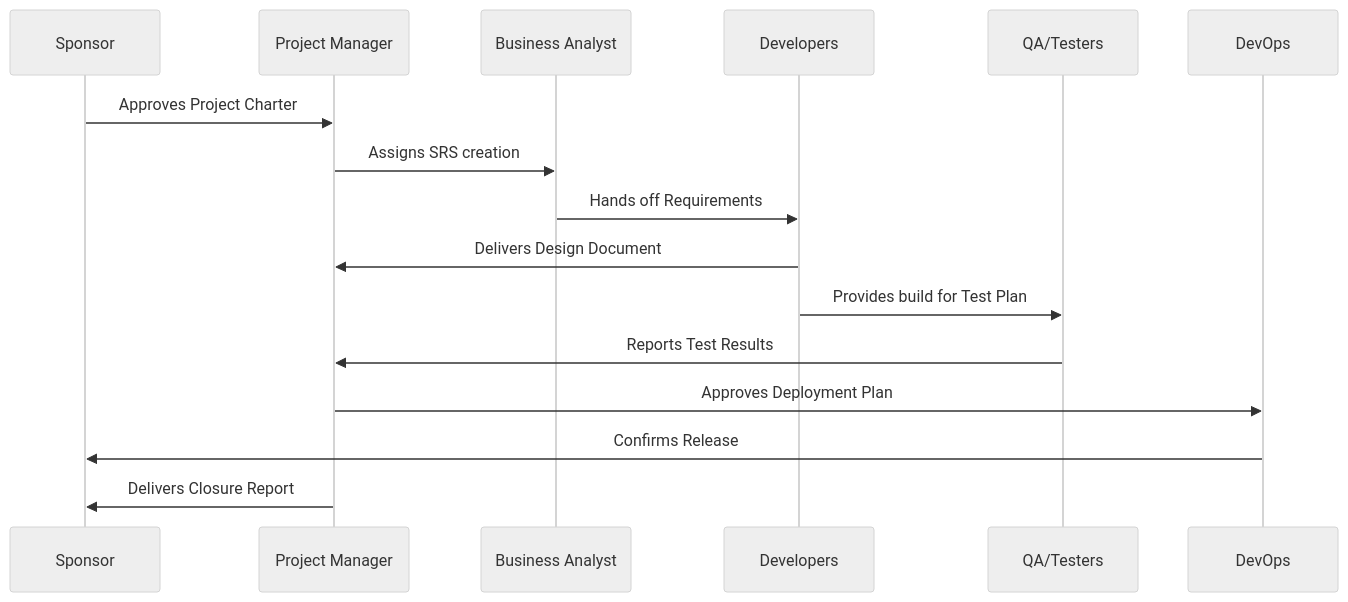
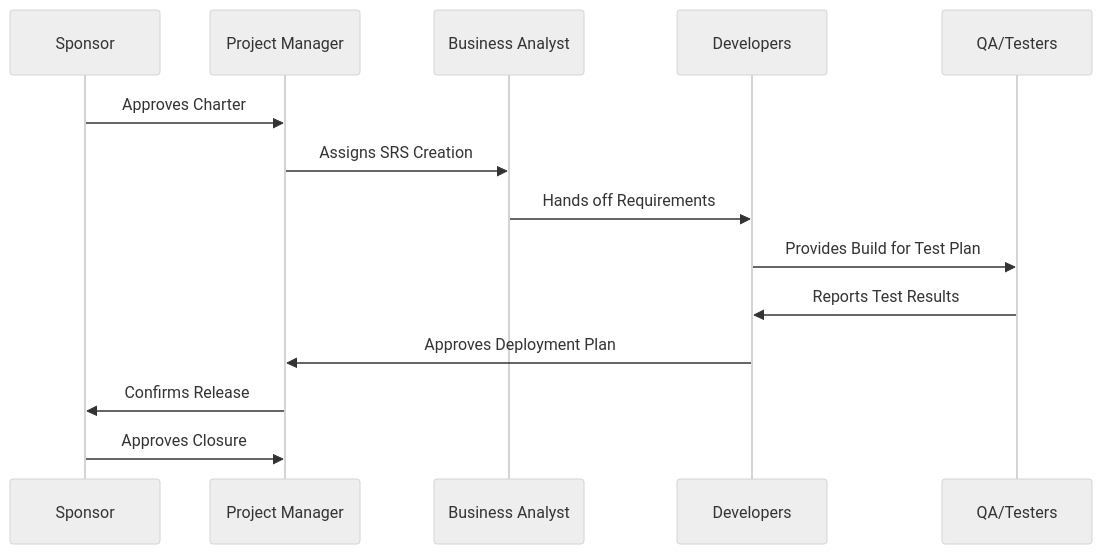
The diagram in README.md (lopez-larry/project-documentation), drawn with Mermaid (neutral theme) before and after one commit. The commit also changed other lines of this file and 1 other file, not shown here.

````diff
--- a/README.md
+++ b/README.md
@@ -5,19 +62,11 @@
 ```mermaid
 sequenceDiagram
-    participant Sponsor
-    participant PM as Project Manager
-    participant BA as Business Analyst
-    participant Dev as Developers
-    participant QA as QA/Testers
-    participant Ops as DevOps
-
-    Sponsor->>PM: Approves Project Charter
-    PM->>BA: Assigns SRS creation
-    BA->>Dev: Hands off Requirements
-    Dev->>PM: Delivers Design Document
-    Dev->>QA: Provides build for Test Plan
-    QA->>PM: Reports Test Results
-    PM->>Ops: Approves Deployment Plan
-    Ops->>Sponsor: Confirms Release
-    PM->>Sponsor: Delivers Closure Report
+Sponsor->>Project Manager: Approves Charter
+Project Manager->>Business Analyst: Assigns SRS Creation
+Business Analyst->>Developers: Hands off Requirements
+Developers->>QA/Testers: Provides Build for Test Plan
+QA/Testers->>Developers: Reports Test Results
+Developers->>Project Manager: Approves Deployment Plan
+Project Manager->>Sponsor: Confirms Release
+Sponsor->>Project Manager: Approves Closure
 ```
````
